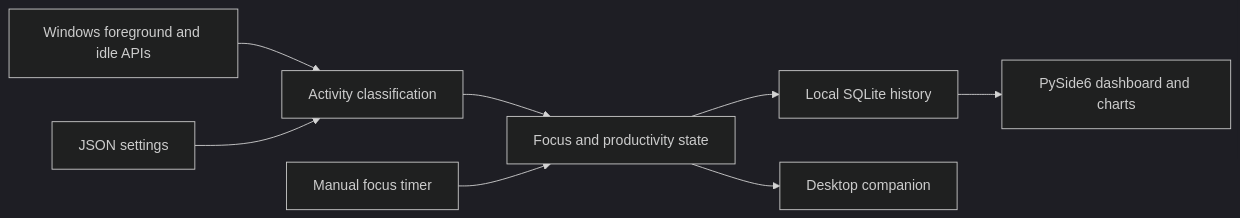
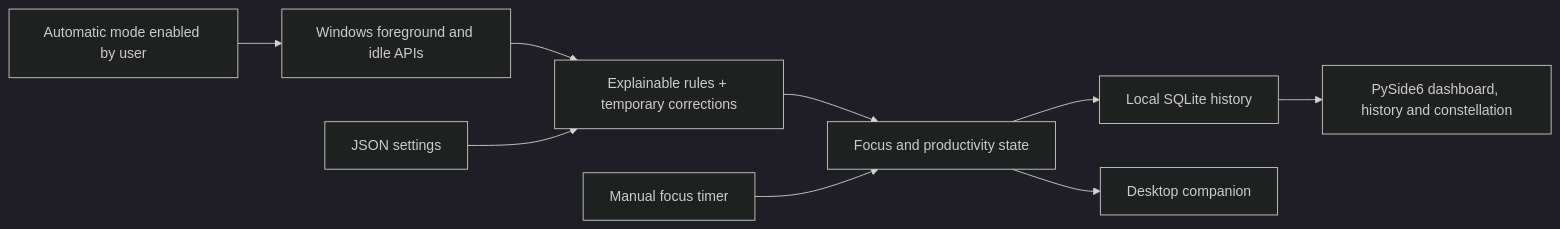
One commit to yashwant938/MoodPet changed the diagram in README.md. Above: the diagram before and after it, drawn with Mermaid (dark theme). The commit also changed other lines of this file and 30 other files, not shown here.

Commit message:
Add user-controlled focus journey and Windows packaging

````diff
--- a/README.md
+++ b/README.md
@@ -11,10 +11,11 @@
 ```mermaid
 flowchart LR
-    Win[Windows foreground and idle APIs] --> Track[Activity classification]
+    Consent[Automatic mode enabled by user] --> Win[Windows foreground and idle APIs]
+    Win --> Track[Explainable rules + temporary corrections]
     Track --> Focus[Focus and productivity state]
     Timer[Manual focus timer] --> Focus
     Focus --> DB[Local SQLite history]
-    DB --> UI[PySide6 dashboard and charts]
+    DB --> UI[PySide6 dashboard, history and constellation]
     Focus --> Pet[Desktop companion]
     Config[JSON settings] --> Track
 ```
````
